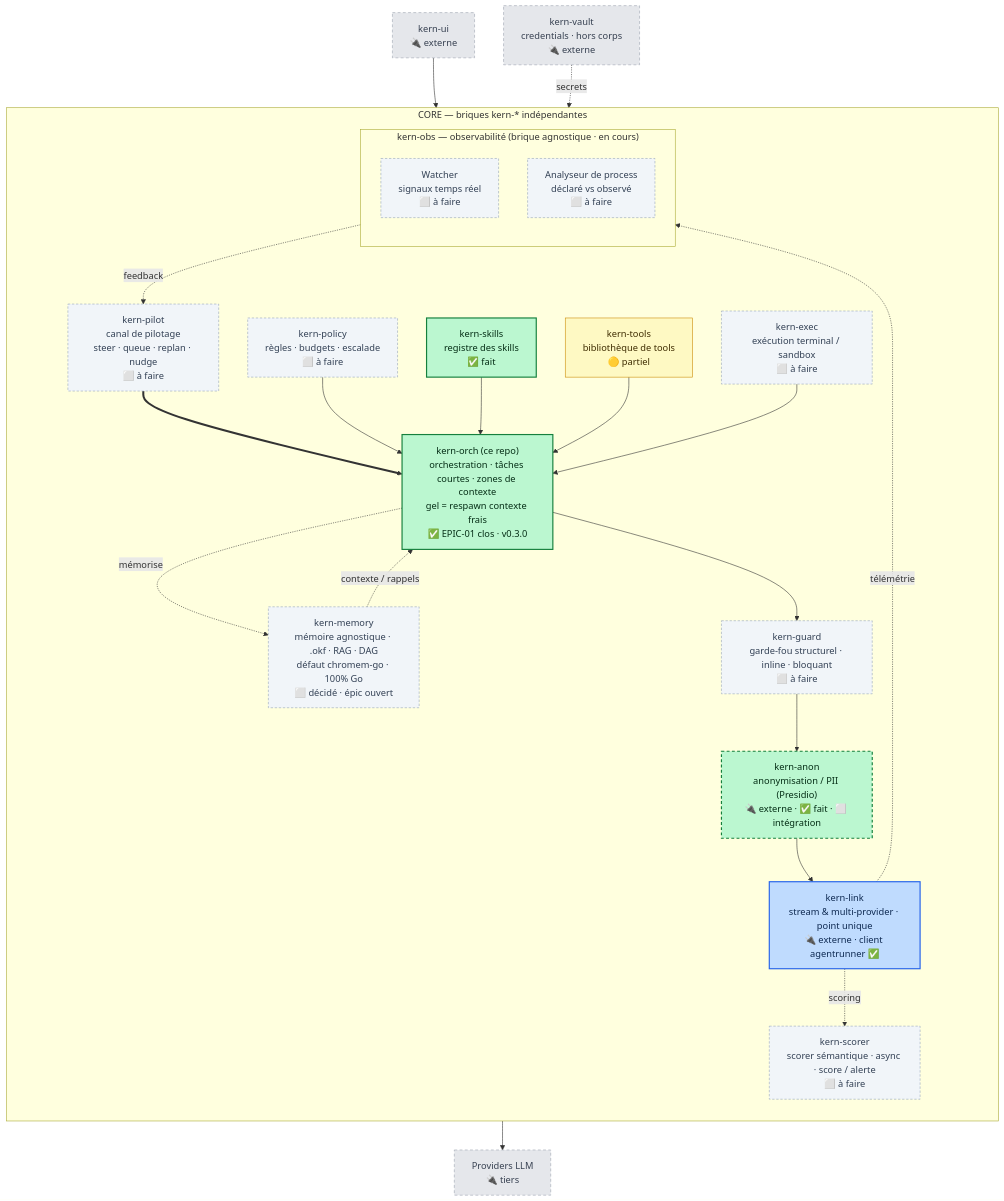
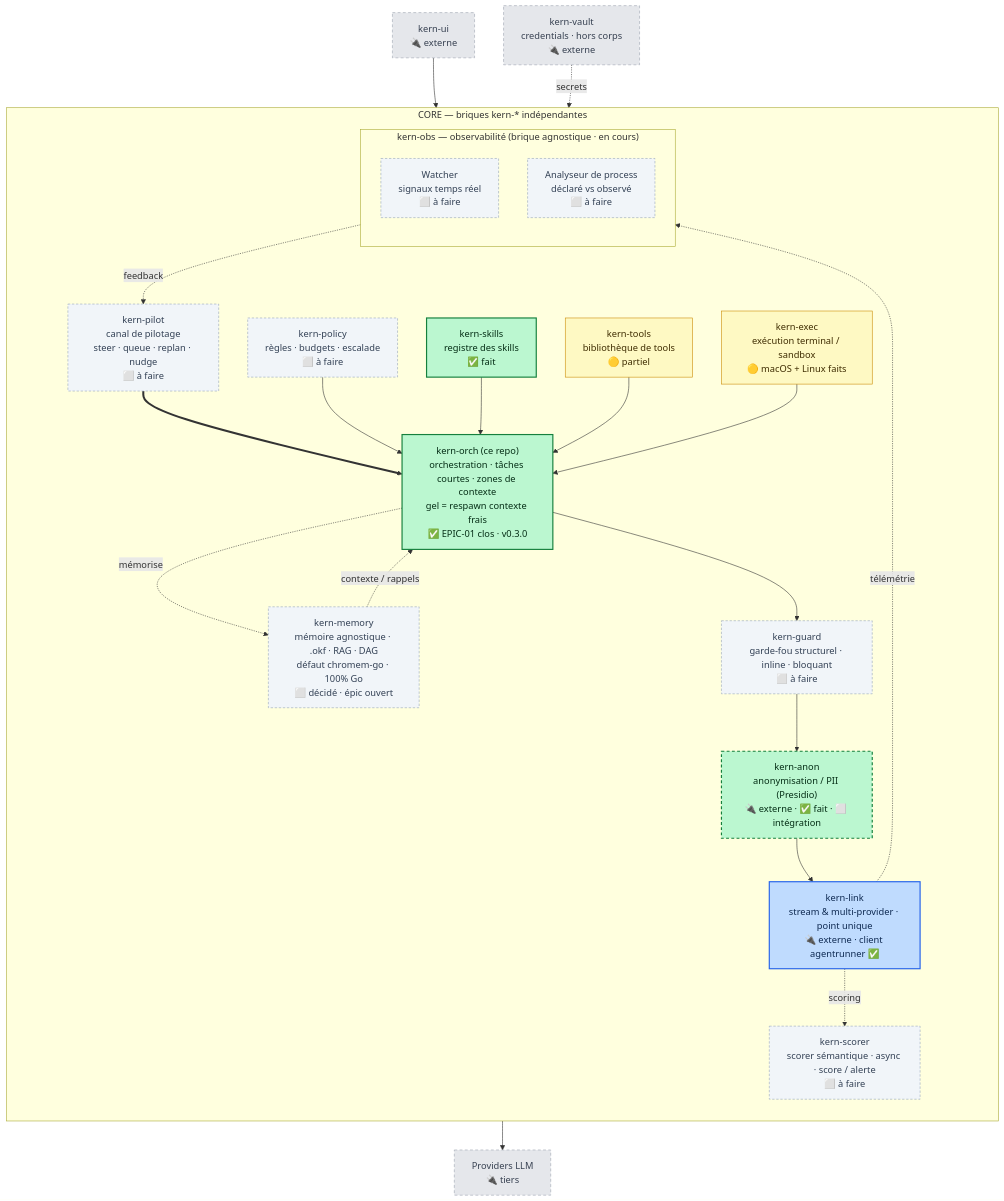
Before and after one commit to kern-ia/Kern-Orch: the diagram in docs/ROADMAP.md, drawn with Mermaid. The commit also changed other lines of this file, not shown here.

First line of the commit message:
docs: mark kern-exec's real progress, scope its planned network allowlist

````diff
--- a/docs/ROADMAP.md
+++ b/docs/ROADMAP.md
@@ -48,49 +48,49 @@
 ```mermaid
 flowchart TB
   UI["kern-ui<br/>🔌 externe"]:::ext
 
   subgraph CORE["CORE — briques kern-* indépendantes"]
     direction TB
     PILOT["kern-pilot<br/>canal de pilotage<br/>steer · queue · replan · nudge<br/>⬜ à faire"]:::todo
     ORCH["kern-orch (ce repo)<br/>orchestration · tâches courtes · zones de contexte<br/>gel = respawn contexte frais<br/>✅ EPIC-01 clos · v0.3.0"]:::done
     SKILLS["kern-skills<br/>registre des skills<br/>✅ fait"]:::done
     TOOLS["kern-tools<br/>bibliothèque de tools<br/>🟡 partiel"]:::partial
-    EXEC["kern-exec<br/>exécution terminal / sandbox<br/>⬜ à faire"]:::todo
+    EXEC["kern-exec<br/>exécution terminal / sandbox<br/>🟡 macOS + Linux faits"]:::partial
     POL["kern-policy<br/>règles · budgets · escalade<br/>⬜ à faire"]:::todo
     GUARD["kern-guard<br/>garde-fou structurel · inline · bloquant<br/>⬜ à faire"]:::todo
     PII["kern-anon<br/>anonymisation / PII (Presidio)<br/>🔌 externe · ✅ fait · ⬜ intégration"]:::extdone
     LINK["kern-link<br/>stream &amp; multi-provider · point unique<br/>🔌 externe · client agentrunner ✅"]:::link
     SCORER["kern-scorer<br/>scorer sémantique · async · score / alerte<br/>⬜ à faire"]:::todo
     MEM["kern-memory<br/>mémoire agnostique · .okf · RAG · DAG<br/>défaut chromem-go · 100% Go<br/>⬜ décidé · épic ouvert"]:::todo
 
     subgraph OBS["kern-obs — observabilité (brique agnostique · en cours)"]
       direction TB
       WATCH["Watcher<br/>signaux temps réel<br/>⬜ à faire"]:::todo
       ANA["Analyseur de process<br/>déclaré vs observé<br/>⬜ à faire"]:::todo
     end
   end
 
   VAULT["kern-vault<br/>credentials · hors corps<br/>🔌 externe"]:::ext
   PROV["Providers LLM<br/>🔌 tiers"]:::ext
 
   UI --> PILOT
   PILOT ==> ORCH
   POL --> ORCH
   SKILLS --> ORCH
   TOOLS --> ORCH
   EXEC --> ORCH
   MEM -. contexte / rappels .-> ORCH
   ORCH -. mémorise .-> MEM
   ORCH --> GUARD --> PII --> LINK --> PROV
   OBS -. feedback .-> PILOT
   LINK -. télémétrie .-> OBS
   LINK -. scoring .-> SCORER
   VAULT -. secrets .-> LINK
 
   classDef done fill:#bbf7d0,stroke:#15803d,color:#052e16,stroke-width:2px;
   classDef partial fill:#fef9c3,stroke:#ca8a04,color:#3f2d02;
   classDef todo fill:#f1f5f9,stroke:#94a3b8,color:#334155,stroke-dasharray:4 3;
   classDef link fill:#bfdbfe,stroke:#2563eb,color:#0f2a52,stroke-width:2px;
   classDef extdone fill:#bbf7d0,stroke:#15803d,color:#052e16,stroke-width:2px,stroke-dasharray:5 4;
   classDef ext fill:#e5e7eb,stroke:#9ca3af,color:#374151,stroke-dasharray:5 4;
 ```
````
